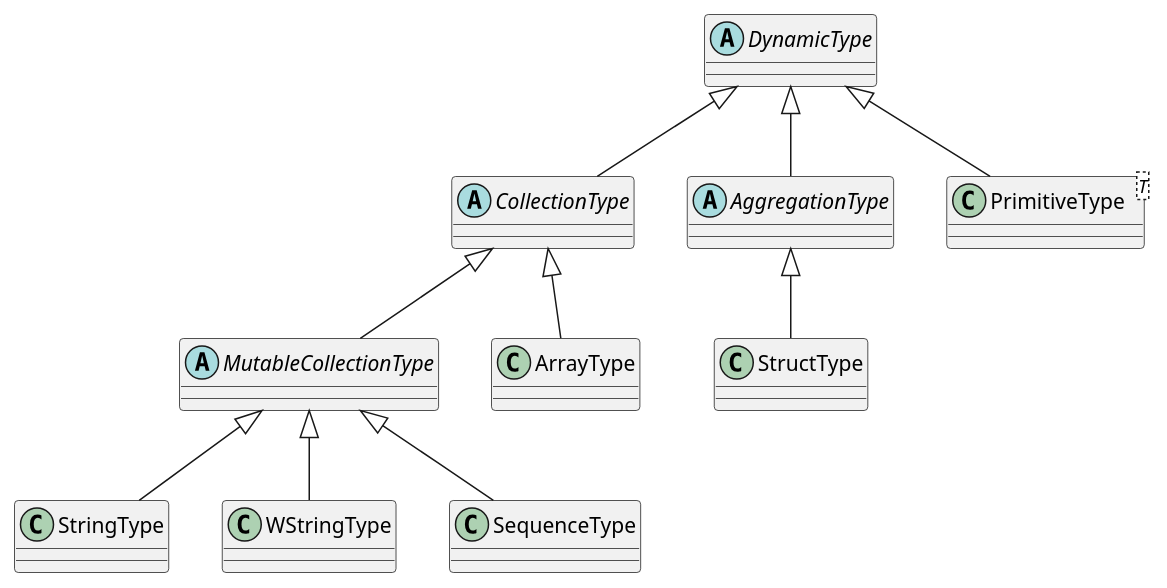
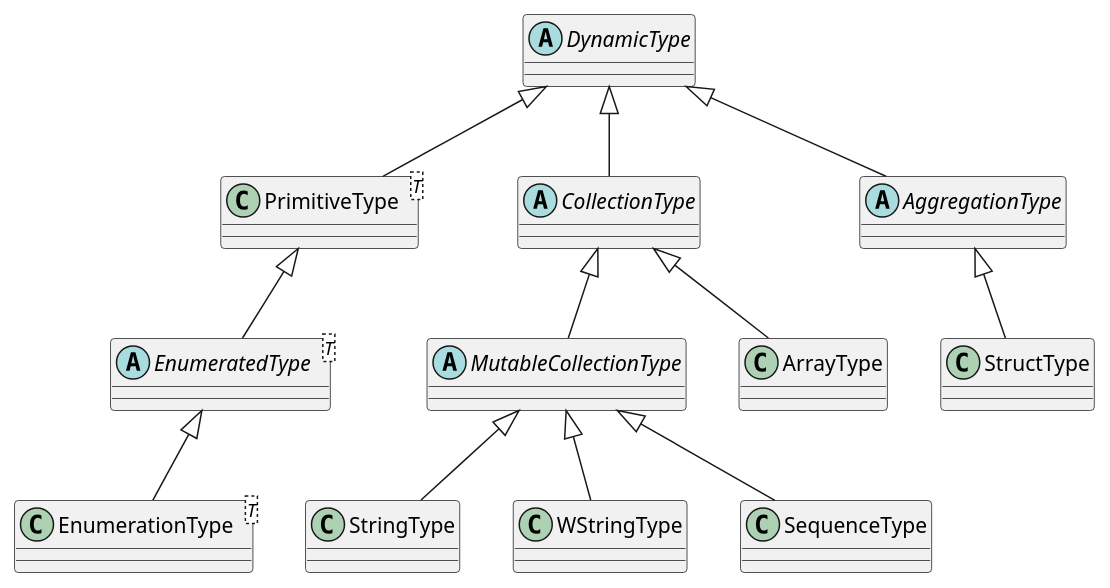
The diagram in docs/types_inheritance.puml (eProsima/xtypes), drawn with PlantUML before and after one commit. The commit also changed 1 other file, not shown here.

Commit message:
Fix inheritance diagram.

```diff
--- a/docs/types_inheritance.puml
+++ b/docs/types_inheritance.puml
@@ -1,20 +1,25 @@
 @startuml
 PrimitiveType -up-|> DynamicType
 AggregationType -up-|> DynamicType
 CollectionType -up-|> DynamicType
 
 StructType -up-|> AggregationType
 
 ArrayType -up-|> CollectionType
 MutableCollectionType -up-|> CollectionType
 
 StringType -up-|> MutableCollectionType
 WStringType -up-|> MutableCollectionType
 SequenceType -up-|> MutableCollectionType
 
+EnumeratedType -up-|> PrimitiveType
+EnumerationType -up-|> EnumeratedType
+
 abstract DynamicType
 abstract AggregationType
 abstract CollectionType
 abstract MutableCollectionType
 class PrimitiveType<T>
+abstract EnumeratedType<T>
+class EnumerationType<T>
 @enduml
```
